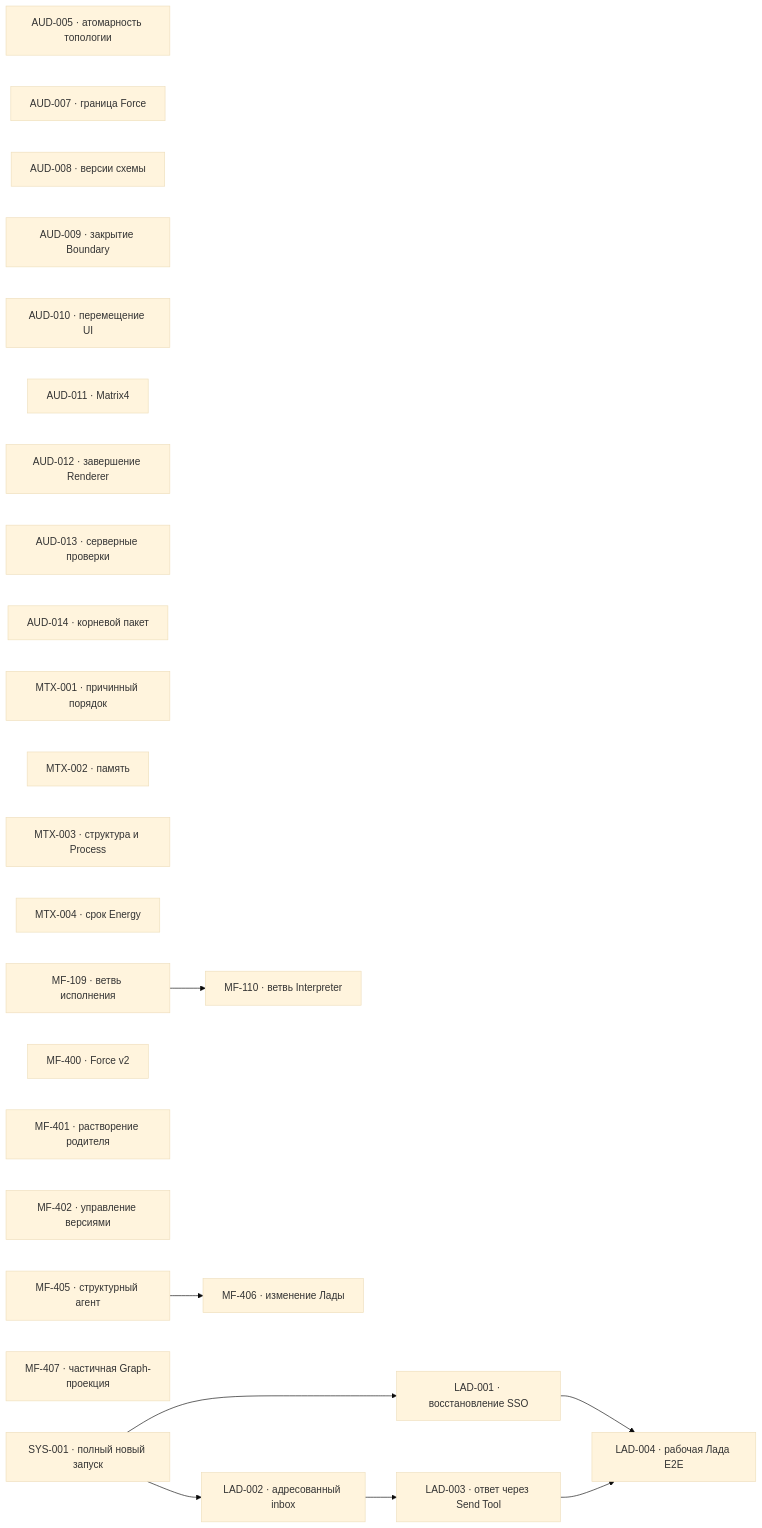
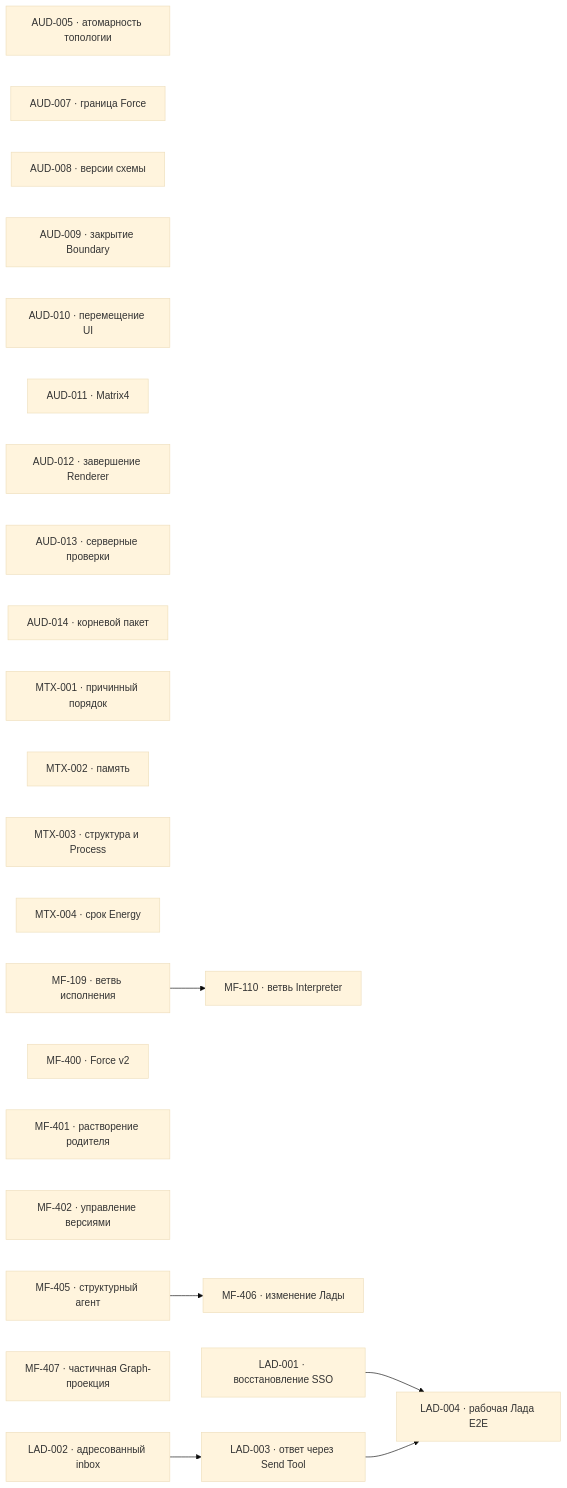
Before and after one commit to zavx0z/metafor: the diagram in project/TODO.md, drawn with Mermaid (base theme). The commit also changed other lines of this file and 2 other files, not shown here.

````diff
--- a/project/TODO.md
+++ b/project/TODO.md
@@ -13,36 +13,33 @@
 ```mermaid
 flowchart LR
     AUD005["AUD-005 · атомарность топологии"]
     AUD007["AUD-007 · граница Force"]
     AUD008["AUD-008 · версии схемы"]
     AUD009["AUD-009 · закрытие Boundary"]
     AUD010["AUD-010 · перемещение UI"]
     AUD011["AUD-011 · Matrix4"]
     AUD012["AUD-012 · завершение Renderer"]
     AUD013["AUD-013 · серверные проверки"]
     AUD014["AUD-014 · корневой пакет"]
     MTX001["MTX-001 · причинный порядок"]
     MTX002["MTX-002 · память"]
     MTX003["MTX-003 · структура и Process"]
     MTX004["MTX-004 · срок Energy"]
     MF109["MF-109 · ветвь исполнения"]
     MF110["MF-110 · ветвь Interpreter"]
     MF400["MF-400 · Force v2"]
     MF401["MF-401 · растворение родителя"]
     MF402["MF-402 · управление версиями"]
     MF405["MF-405 · структурный агент"]
     MF406["MF-406 · изменение Лады"]
     MF407["MF-407 · частичная Graph-проекция"]
-    SYS001["SYS-001 · полный новый запуск"]
     LAD001["LAD-001 · восстановление SSO"]
     LAD002["LAD-002 · адресованный inbox"]
     LAD003["LAD-003 · ответ через Send Tool"]
     LAD004["LAD-004 · рабочая Лада E2E"]
     MF109 --> MF110
     MF405 --> MF406
-    SYS001 --> LAD001
-    SYS001 --> LAD002
     LAD002 --> LAD003
     LAD001 --> LAD004
     LAD003 --> LAD004
 ```
````
